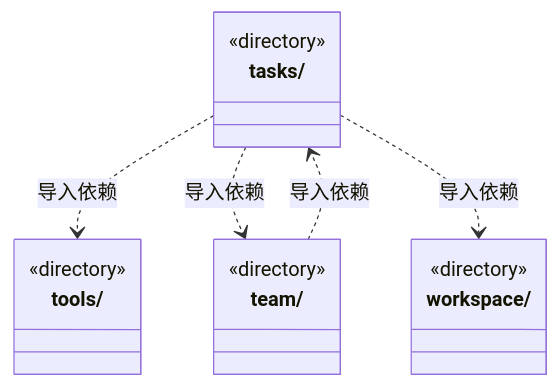
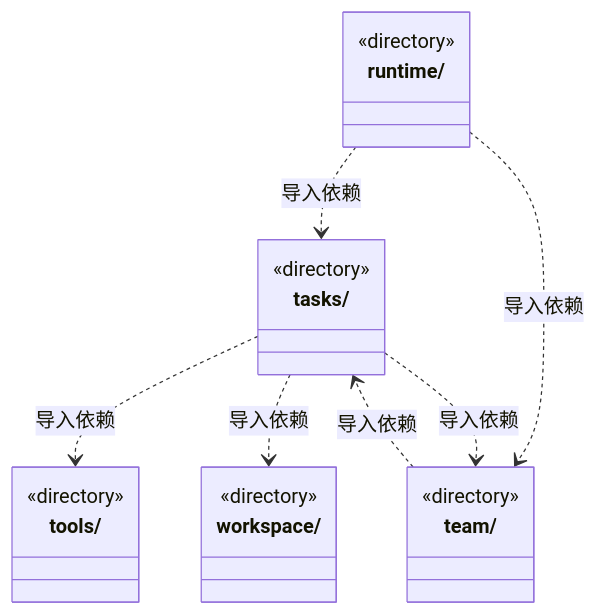
Before and after one commit to nan023062/cbim: the second of 2 diagrams in src/backend/core/ARCHITECTURE.md, drawn with Mermaid. The commit also changed other lines of this file and 50 other files, not shown here.

````diff
--- a/src/backend/core/ARCHITECTURE.md
+++ b/src/backend/core/ARCHITECTURE.md
@@ -42,19 +42,24 @@
 ```mermaid
 classDiagram
+class N_src_backend_core_runtime["runtime/"] {
+  <<directory>>
+}
 class N_src_backend_core_tasks["tasks/"] {
   <<directory>>
 }
 class N_src_backend_core_team["team/"] {
   <<directory>>
 }
 class N_src_backend_core_tools["tools/"] {
   <<directory>>
 }
 class N_src_backend_core_workspace["workspace/"] {
   <<directory>>
 }
+N_src_backend_core_runtime ..> N_src_backend_core_tasks : 导入依赖
+N_src_backend_core_runtime ..> N_src_backend_core_team : 导入依赖
 N_src_backend_core_tasks ..> N_src_backend_core_tools : 导入依赖
 N_src_backend_core_tasks ..> N_src_backend_core_team : 导入依赖
 N_src_backend_core_tasks ..> N_src_backend_core_workspace : 导入依赖
 N_src_backend_core_team ..> N_src_backend_core_tasks : 导入依赖
 ```
````
